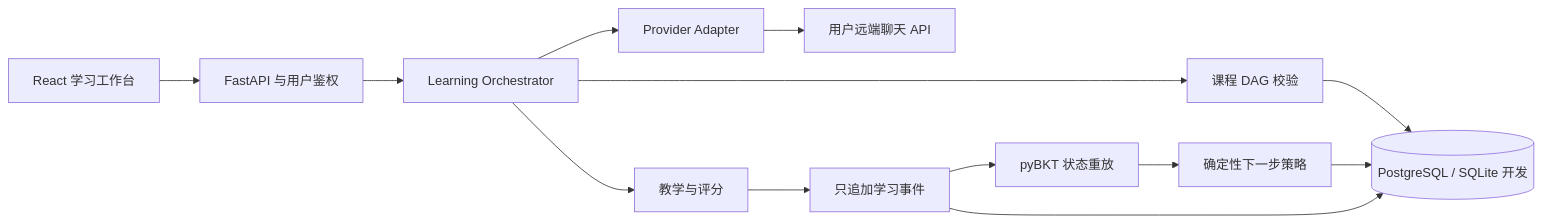
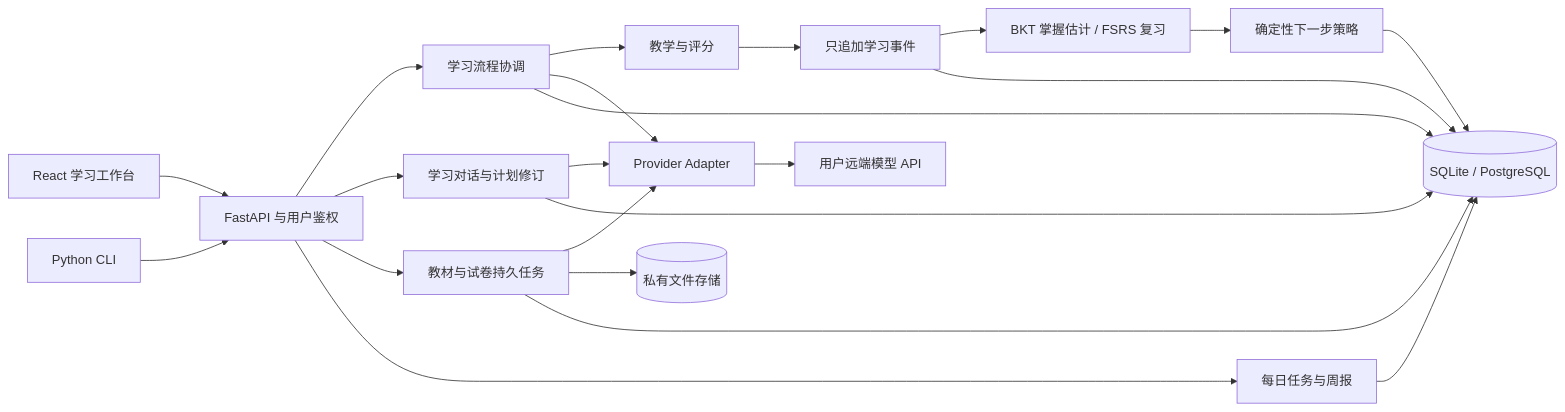
The diagram in docs/architecture.md (wwwuxy/Study-Agent-Framework), drawn with Mermaid before and after one commit. The commit also changed other lines of this file and 50 other files, not shown here.

````diff
--- a/docs/architecture.md
+++ b/docs/architecture.md
@@ -5,15 +5,24 @@
 ```mermaid
 flowchart LR
   UI[React 学习工作台] --> API[FastAPI 与用户鉴权]
-  API --> O[Learning Orchestrator]
-  O --> G[Provider Adapter]
-  G --> L[用户远端聊天 API]
-  O --> K[课程 DAG 校验]
+  CLI[Python CLI] --> API
+  API --> O[学习流程协调]
+  API --> CHAT[学习对话与计划修订]
+  API --> JOBS[教材与试卷持久任务]
+  API --> ACT[每日任务与周报]
   O --> E[教学与评分]
   E --> EV[只追加学习事件]
-  EV --> S[pyBKT 状态重放]
+  EV --> S[BKT 掌握估计 / FSRS 复习]
   S --> P[确定性下一步策略]
-  K --> DB[(PostgreSQL / SQLite 开发)]
+  O --> G[Provider Adapter]
+  CHAT --> G
+  JOBS --> G
+  G --> L[用户远端模型 API]
+  JOBS --> FS[(私有文件存储)]
+  O --> DB[(SQLite / PostgreSQL)]
+  CHAT --> DB
+  JOBS --> DB
+  ACT --> DB
   P --> DB
   EV --> DB
 ```
````
